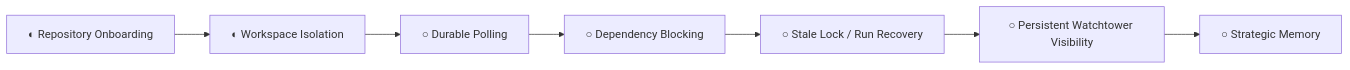
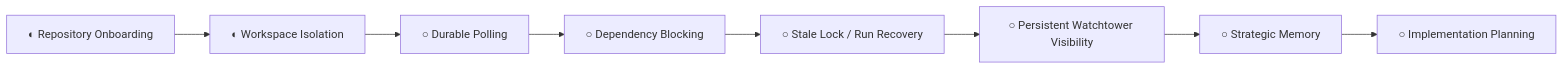
One commit to RedEagleSoftware/the-circus changed the third of 4 diagrams in docs/capability-tree.md. Above: the diagram before and after it, drawn with Mermaid. The commit also changed other lines of this file and 7 other files, not shown here.

Commit message:
Document implementation planning workflow

````diff
--- a/docs/capability-tree.md
+++ b/docs/capability-tree.md
@@ -43,17 +44,19 @@
 ```mermaid
 flowchart LR
     onboarding["◐ Repository Onboarding"]
     workspace["◐ Workspace Isolation"]
     polling["○ Durable Polling"]
     dependency["○ Dependency Blocking"]
     recovery["○ Stale Lock / Run Recovery"]
     visibility["○ Persistent Watchtower Visibility"]
     memory["○ Strategic Memory"]
+    planning["○ Implementation Planning"]
 
     onboarding --> workspace
     workspace --> polling
     polling --> dependency
     dependency --> recovery
     recovery --> visibility
     visibility --> memory
+    memory --> planning
 ```
````
